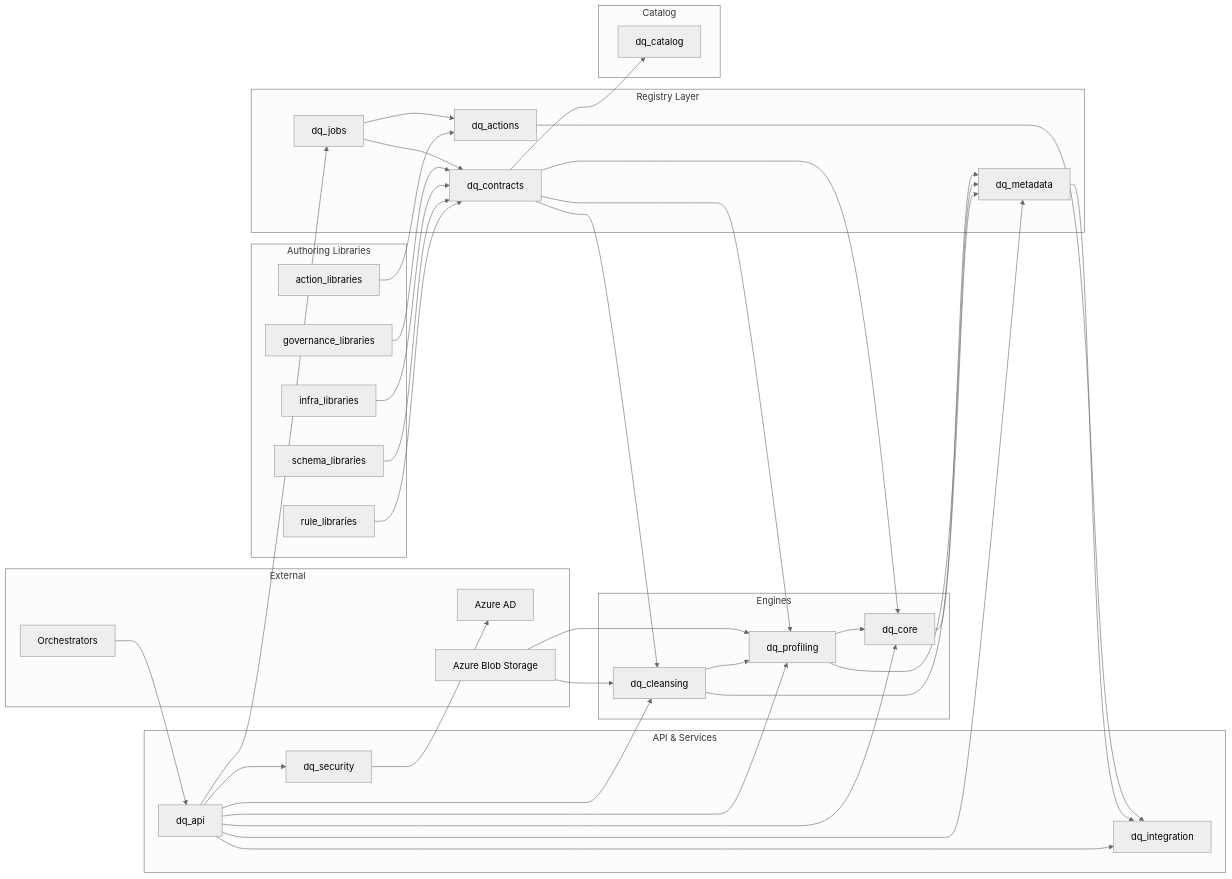
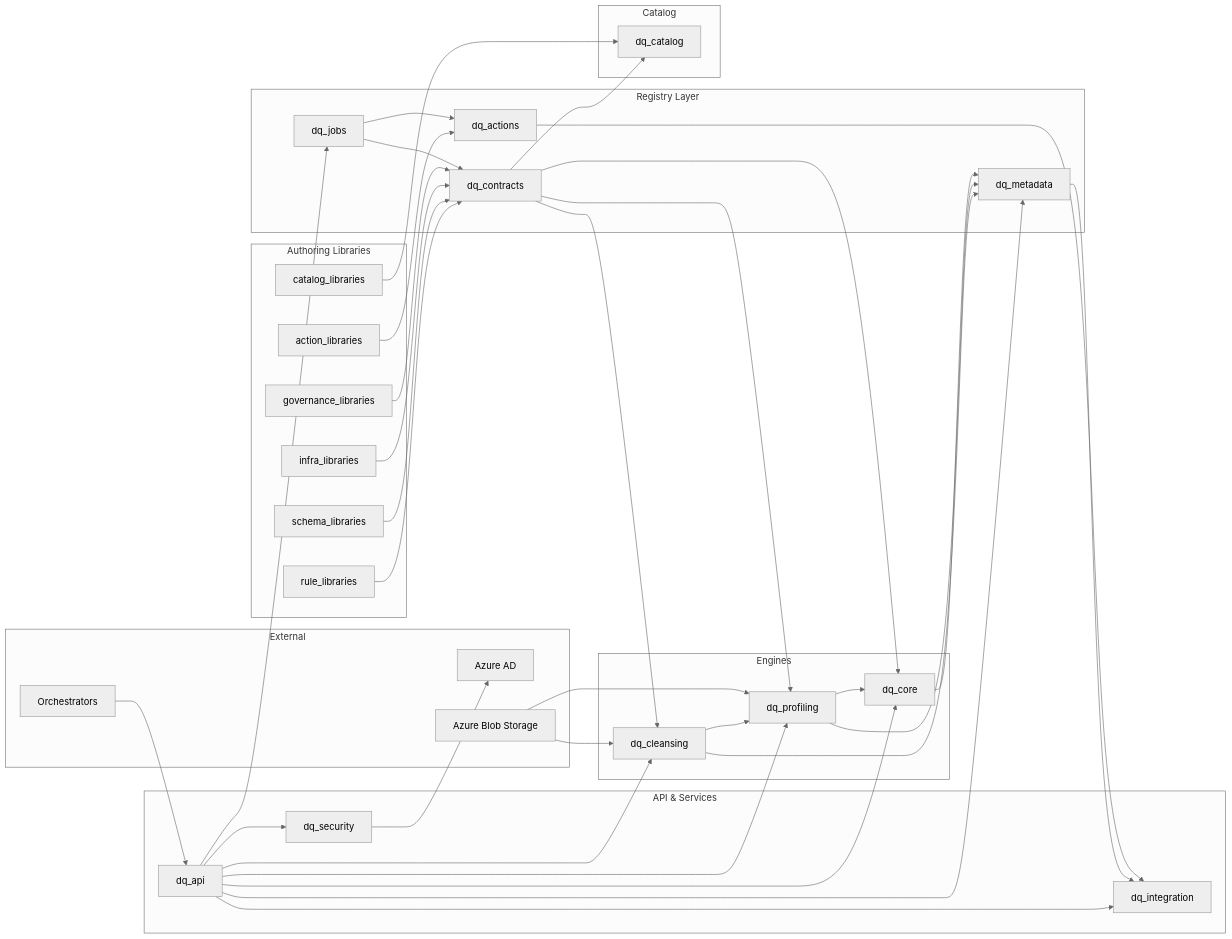
Before and after one commit to JohnGaros/data_quality_api: the diagram in docs/ARCHITECTURE.md, drawn with Mermaid (neutral theme). The commit also changed other lines of this file and 5 other files, not shown here.

````diff
--- a/docs/ARCHITECTURE.md
+++ b/docs/ARCHITECTURE.md
@@ -48,79 +49,81 @@
 ```mermaid
 flowchart LR
     subgraph Authoring Libraries
         RULELIB[rule_libraries]
         SCHEMALIB[schema_libraries]
         INFRALIB[infra_libraries]
         GOVLIB[governance_libraries]
         ACTIONLIB[action_libraries]
+        CATALOGLIB[catalog_libraries]
     end
 
     subgraph Registry Layer
         CONTRACTS[dq_contracts]
         ACTIONS[dq_actions]
         JOBS[dq_jobs]
         METADATA_REGISTRY[dq_metadata]
     end
 
     subgraph Engines
         CLEANSING[dq_cleansing]
         PROFILING[dq_profiling]
         VALIDATION[dq_core]
     end
 
     subgraph API & Services
         API[dq_api]
         INTEGRATIONS[dq_integration]
         SECURITY[dq_security]
     end
 
     subgraph Catalog
         CATALOG[dq_catalog]
     end
 
     subgraph External
         ORCH[Orchestrators]
         AZAD[Azure AD]
         AZBLOB[Azure Blob Storage]
     end
 
     RULELIB --> CONTRACTS
     SCHEMALIB --> CONTRACTS
     INFRALIB --> CONTRACTS
     GOVLIB --> CONTRACTS
     ACTIONLIB --> ACTIONS
+    CATALOGLIB --> CATALOG
 
     CONTRACTS --> CATALOG
     CONTRACTS --> CLEANSING
     CONTRACTS --> PROFILING
     CONTRACTS --> VALIDATION
 
     API --> SECURITY
     SECURITY --> AZAD
 
     API --> JOBS
     JOBS --> CONTRACTS
     JOBS --> ACTIONS
 
     API --> CLEANSING
     API --> PROFILING
     API --> VALIDATION
     API --> METADATA_REGISTRY
     API --> INTEGRATIONS
 
     CLEANSING --> PROFILING
     CLEANSING --> METADATA_REGISTRY
 
     PROFILING --> VALIDATION
     PROFILING --> METADATA_REGISTRY
 
     VALIDATION --> METADATA_REGISTRY
 
     AZBLOB --> CLEANSING
     AZBLOB --> PROFILING
 
     METADATA_REGISTRY --> INTEGRATIONS
     ACTIONS --> INTEGRATIONS
 
     ORCH --> API
 ```
````
